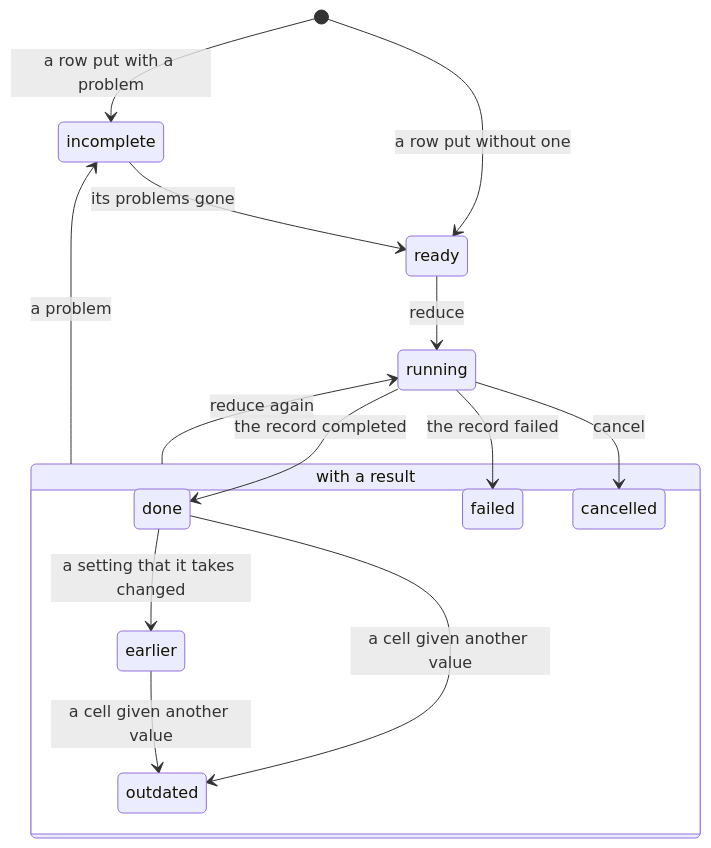
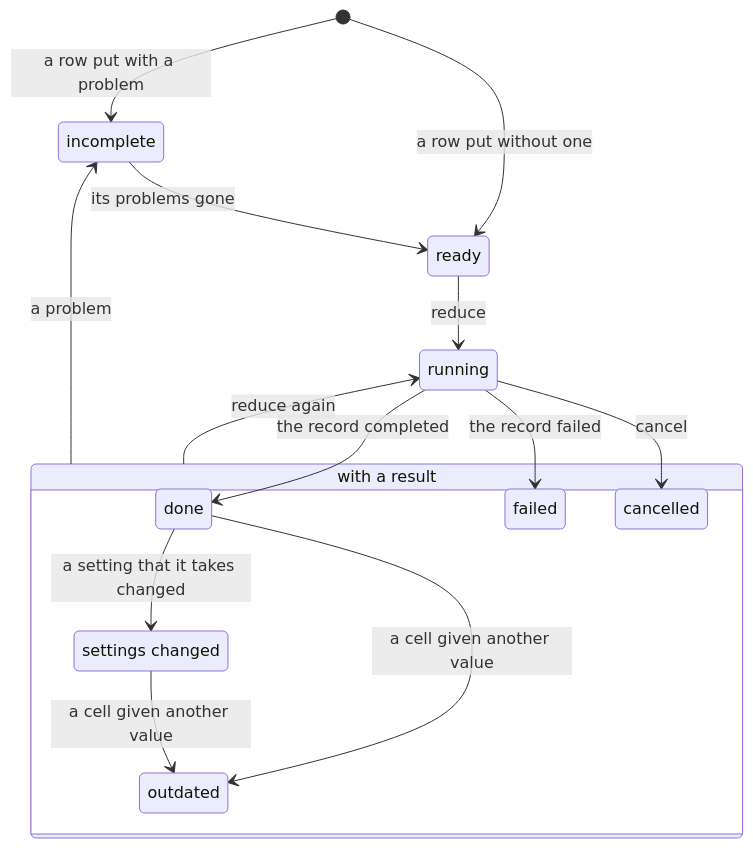
The third of 5 diagrams in packages/essbatch/docs/batch.md (scipp/essapps), drawn with Mermaid before and after one commit. The commit also changed other lines of this file and 23 other files, not shown here.

First line of the commit message:
Rename the row status earlier to settings changed

````diff
--- a/packages/essbatch/docs/batch.md
+++ b/packages/essbatch/docs/batch.md
@@ -434,19 +434,20 @@
 ```mermaid
 stateDiagram-v2
     [*] --> incomplete: a row put with a problem
     [*] --> ready: a row put without one
     incomplete --> ready: its problems gone
     ready --> running: reduce
     running --> done: the record completed
     running --> failed: the record failed
     running --> cancelled: cancel
+    state "settings changed" as settings_changed
     state "with a result" as result {
-        done --> earlier: a setting that it takes changed
+        done --> settings_changed: a setting that it takes changed
         done --> outdated: a cell given another value
-        earlier --> outdated: a cell given another value
+        settings_changed --> outdated: a cell given another value
         failed
         cancelled
     }
     result --> running: reduce again
     result --> incomplete: a problem
 ```
````
